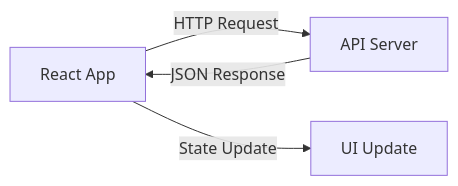
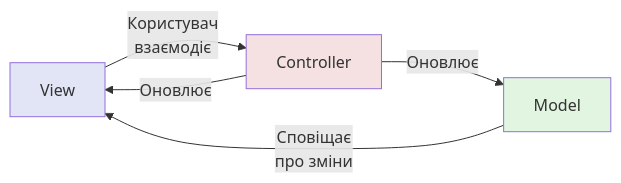
One commit to olroi421/course-web changed the second of 11 diagrams in presentations/presentation-14.md. Above: the diagram before and after it, drawn with Mermaid. The commit also changed other lines of this file and 30 other files, not shown here.

````diff
--- a/presentations/presentation-14.md
+++ b/presentations/presentation-14.md
@@ -19,6 +75,11 @@
 ```mermaid
 graph LR
-    A[React App] -->|HTTP Request| B[API Server]
-    B -->|JSON Response| A
-    A -->|State Update| C[UI Update]
+    V[View] -->|Користувач<br/>взаємодіє| C[Controller]
+    C -->|Оновлює| M[Model]
+    M -->|Сповіщає<br/>про зміни| V
+    C -->|Оновлює| V
+
+    style M fill:#e1f5e1
+    style V fill:#e1e5f5
+    style C fill:#f5e1e1
 ```
````
